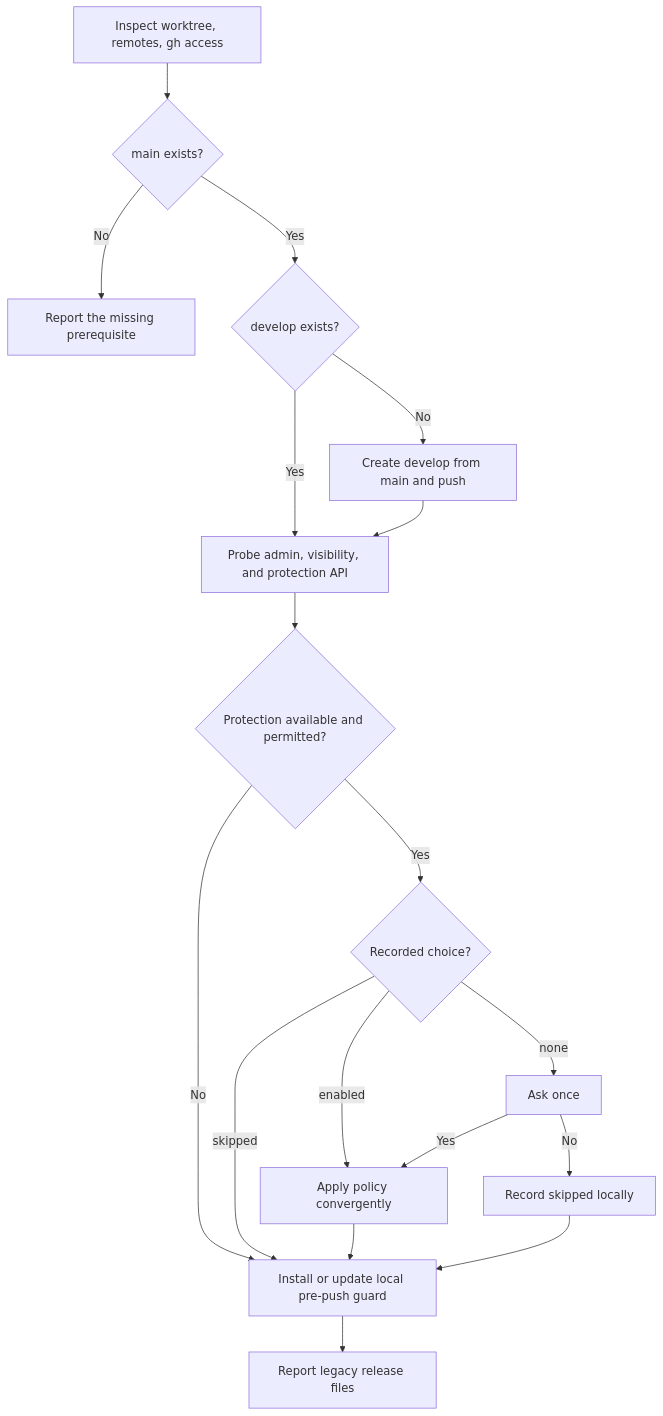
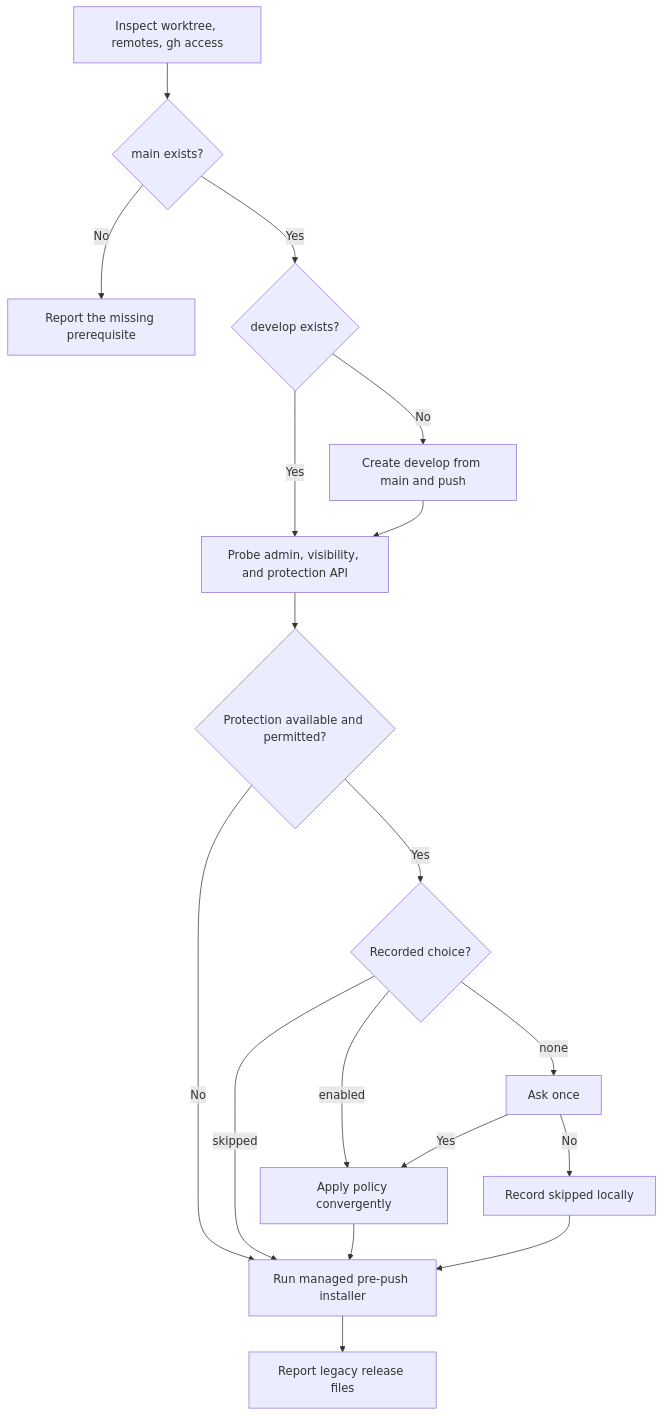
One commit to 0x0w1/jig changed the diagram in docs/en/skills/github-sync.md. Above: the diagram before and after it, drawn with Mermaid. The commit also changed other lines of this file and 34 other files, not shown here.

First line of the commit message:
feat: pre-push 가드를 배포 리소스로 관리

````diff
--- a/docs/en/skills/github-sync.md
+++ b/docs/en/skills/github-sync.md
@@ -21,20 +21,20 @@
 ```mermaid
 flowchart TD
     Inspect[Inspect worktree, remotes, gh access] --> Main{main exists?}
     Main -- No --> Stop[Report the missing prerequisite]
     Main -- Yes --> Develop{develop exists?}
     Develop -- No --> Create[Create develop from main and push]
     Develop -- Yes --> Probe
     Create --> Probe[Probe admin, visibility, and protection API]
     Probe --> Available{Protection available and permitted?}
-    Available -- No --> Guard[Install or update local pre-push guard]
+    Available -- No --> Guard[Run managed pre-push installer]
     Available -- Yes --> Choice{Recorded choice?}
     Choice -- enabled --> Apply[Apply policy convergently]
     Choice -- skipped --> Guard
     Choice -- none --> Ask[Ask once]
     Ask -- Yes --> Apply
     Ask -- No --> Record[Record skipped locally]
     Apply --> Guard
     Record --> Guard
     Guard --> Legacy[Report legacy release files]
 ```
````
